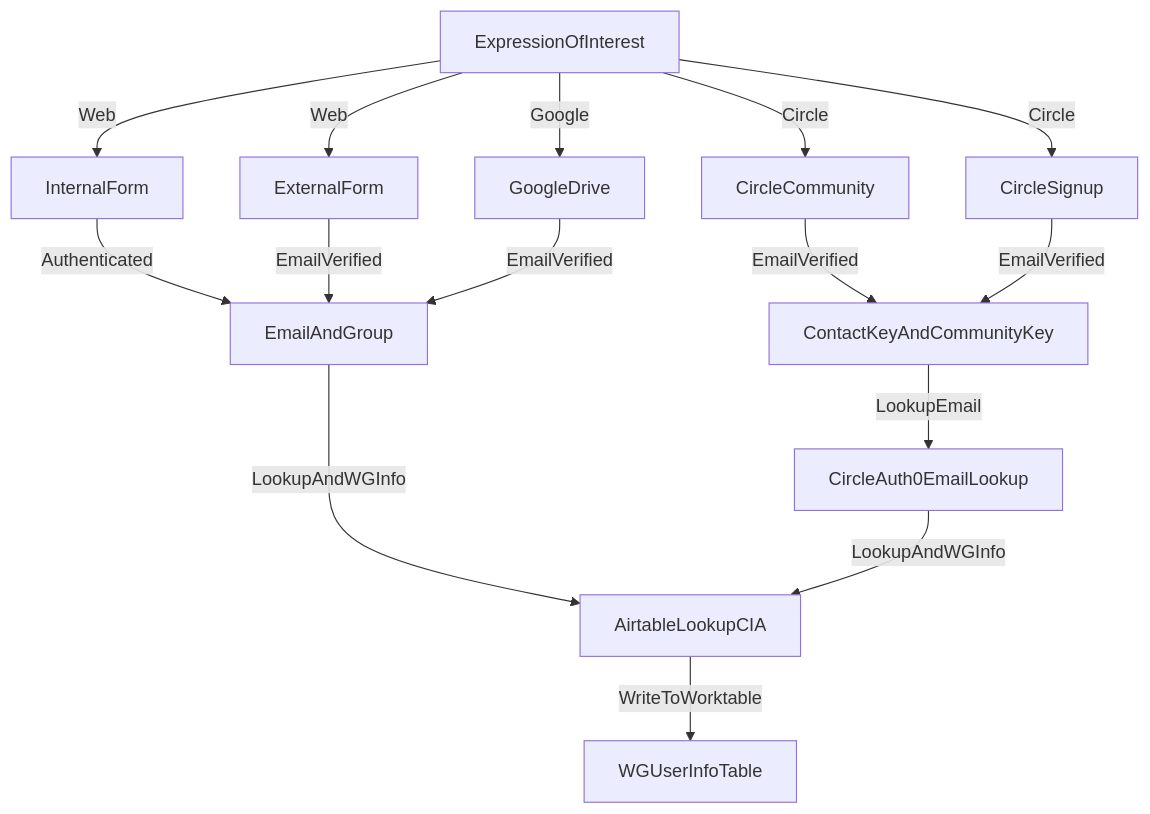
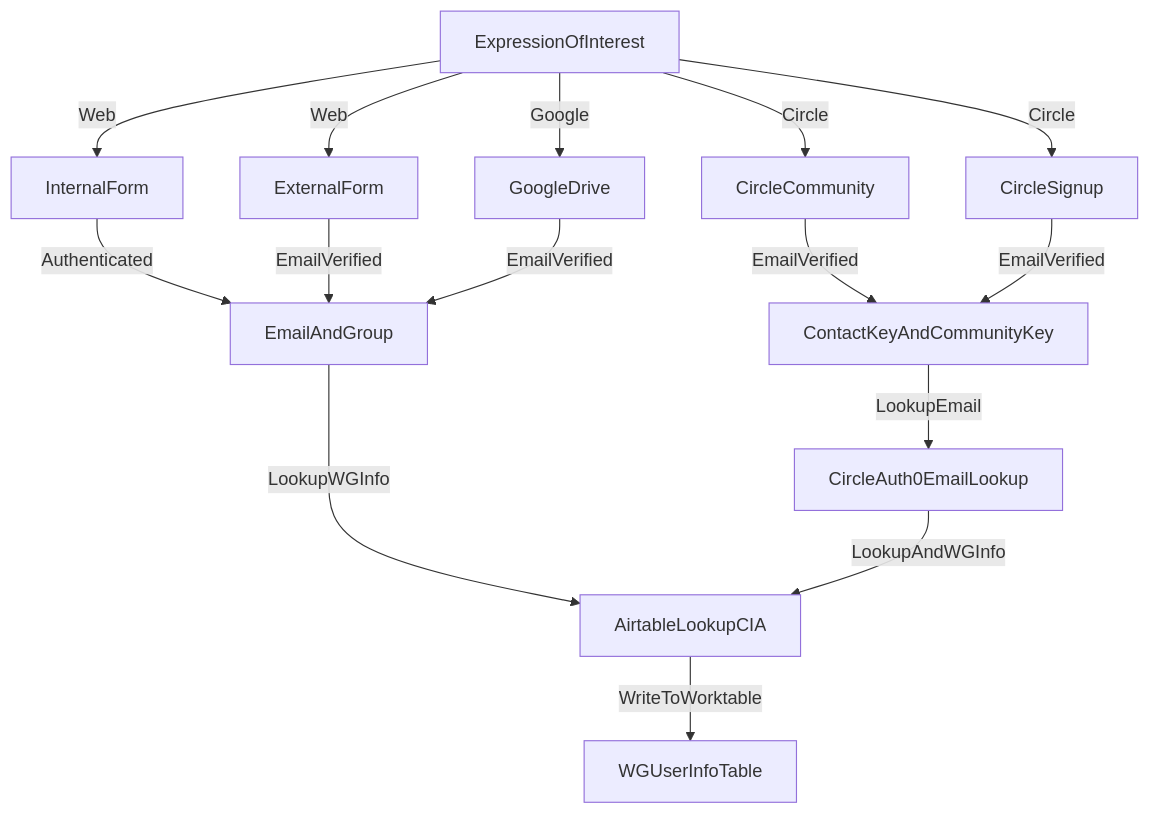
One commit to CloudSecurityAlliance/CSA-IT-Operations changed the diagram in projects/WG-automation/diagram.md. Above: the diagram before and after it, drawn with Mermaid.

````diff
--- a/projects/WG-automation/diagram.md
+++ b/projects/WG-automation/diagram.md
@@ -1,24 +1,25 @@
 ```mermaid
 graph TD;
 
 %% TODO: Use public form options that require a validated email (Google Forms?)
 
 ExpressionOfInterest -->|Web|InternalForm[InternalForm];
 ExpressionOfInterest -->|Web|ExternalForm[ExternalForm];
 ExpressionOfInterest -->|Circle|CircleCommunity[CircleCommunity];
 ExpressionOfInterest -->|Circle|CircleSignup[CircleSignup];
 ExpressionOfInterest -->|Google|GoogleDrive[GoogleDrive];
 
 InternalForm -->|Authenticated|EmailAndGroup[EmailAndGroup];
 ExternalForm -->|EmailVerified|EmailAndGroup[EmailAndGroup];
 CircleCommunity -->|EmailVerified|ContactKeyAndCommunityKey[ContactKeyAndCommunityKey];
 CircleSignup -->|EmailVerified|ContactKeyAndCommunityKey[ContactKeyAndCommunityKey];
 GoogleDrive -->|EmailVerified|EmailAndGroup[EmailAndGroup];
 
-EmailAndGroup -->|LookupAndWGInfo|AirtableLookupCIA[AirtableLookupCIA];
+EmailAndGroup -->|LookupWGInfo|AirtableLookupCIA[AirtableLookupCIA];
+
 ContactKeyAndCommunityKey -->|LookupEmail|CircleAuth0EmailLookup[CircleAuth0EmailLookup];
 CircleAuth0EmailLookup -->|LookupAndWGInfo|AirtableLookupCIA[AirtableLookupCIA];
 
 AirtableLookupCIA -->|WriteToWorktable|WGUserInfoTable[WGUserInfoTable];
 
 ```
````
